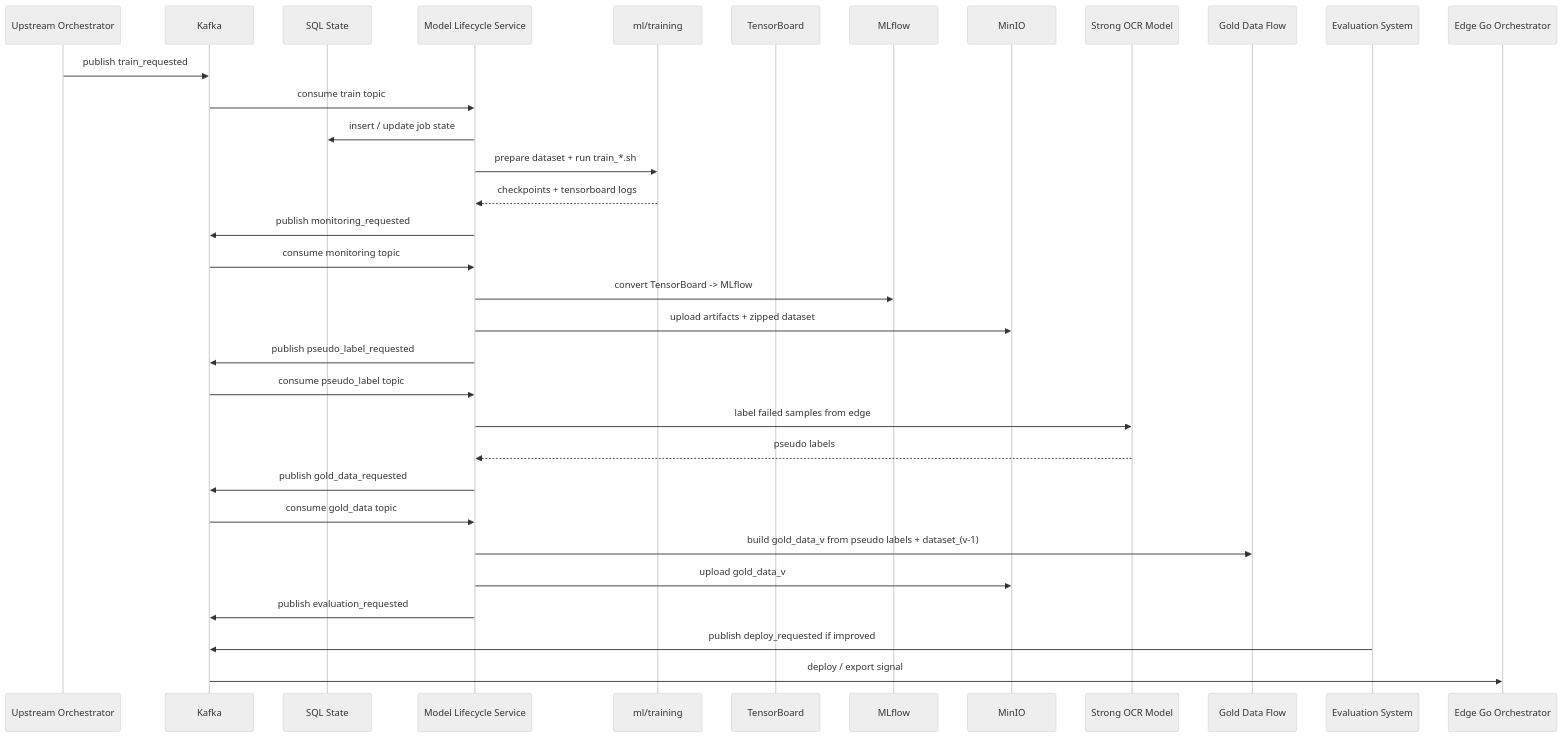
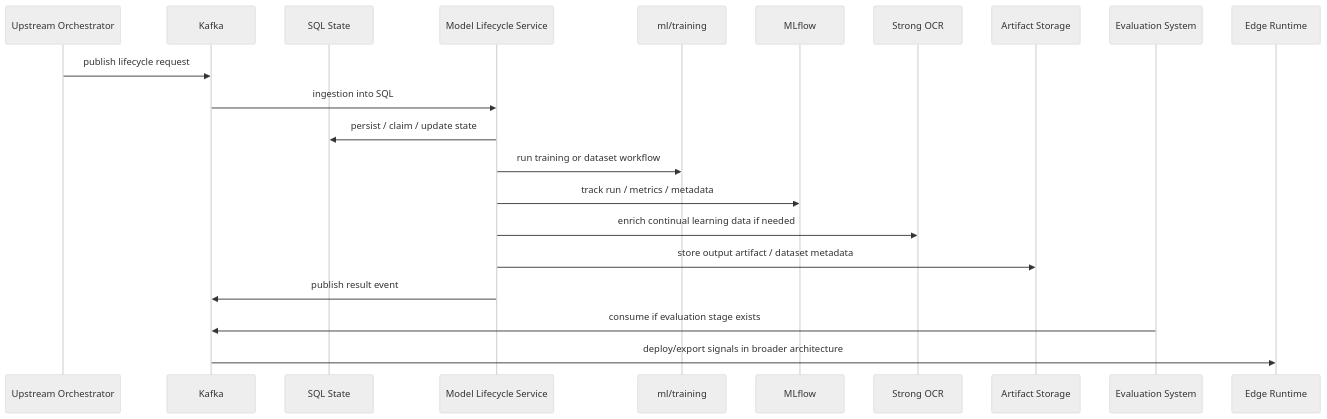
One commit to khanhminhtk/overwatch-edge-ai changed the fourth of 13 diagrams in services/model-lifecycle-service/model-lifecycle-orchestrator-flow.md. Above: the diagram before and after it, drawn with Mermaid (neutral theme). The commit also changed other lines of this file and 44 other files, not shown here.

Commit message:
refactor(model-lifecycle-service)

````diff
--- a/services/model-lifecycle-service/model-lifecycle-orchestrator-flow.md
+++ b/services/model-lifecycle-service/model-lifecycle-orchestrator-flow.md
@@ -257,36 +457,24 @@
 ```mermaid
 sequenceDiagram
     participant UP as Upstream Orchestrator
     participant K as Kafka
     participant SQL as SQL State
     participant MLO as Model Lifecycle Service
     participant TRAIN as ml/training
-    participant TB as TensorBoard
     participant MLF as MLflow
-    participant MINIO as MinIO
-    participant OCR as Strong OCR Model
-    participant GOLD as Gold Data Flow
+    participant OCR as Strong OCR
+    participant STOR as Artifact Storage
     participant EVAL as Evaluation System
-    participant EDGE as Edge Go Orchestrator
+    participant EDGE as Edge Runtime
 
-    UP->>K: publish train_requested
-    K->>MLO: consume train topic
-    MLO->>SQL: insert / update job state
-    MLO->>TRAIN: prepare dataset + run train_*.sh
-    TRAIN-->>MLO: checkpoints + tensorboard logs
-    MLO->>K: publish monitoring_requested
-    K->>MLO: consume monitoring topic
-    MLO->>MLF: convert TensorBoard -> MLflow
-    MLO->>MINIO: upload artifacts + zipped dataset
-    MLO->>K: publish pseudo_label_requested
-    K->>MLO: consume pseudo_label topic
-    MLO->>OCR: label failed samples from edge
-    OCR-->>MLO: pseudo labels
-    MLO->>K: publish gold_data_requested
-    K->>MLO: consume gold_data topic
-    MLO->>GOLD: build gold_data_v from pseudo labels + dataset_(v-1)
-    MLO->>MINIO: upload gold_data_v
-    MLO->>K: publish evaluation_requested
-    EVAL->>K: publish deploy_requested if improved
-    K->>EDGE: deploy / export signal
+    UP->>K: publish lifecycle request
+    K->>MLO: ingestion into SQL
+    MLO->>SQL: persist / claim / update state
+    MLO->>TRAIN: run training or dataset workflow
+    MLO->>MLF: track run / metrics / metadata
+    MLO->>OCR: enrich continual learning data if needed
+    MLO->>STOR: store output artifact / dataset metadata
+    MLO->>K: publish result event
+    EVAL->>K: consume if evaluation stage exists
+    K->>EDGE: deploy/export signals in broader architecture
 ```
````
